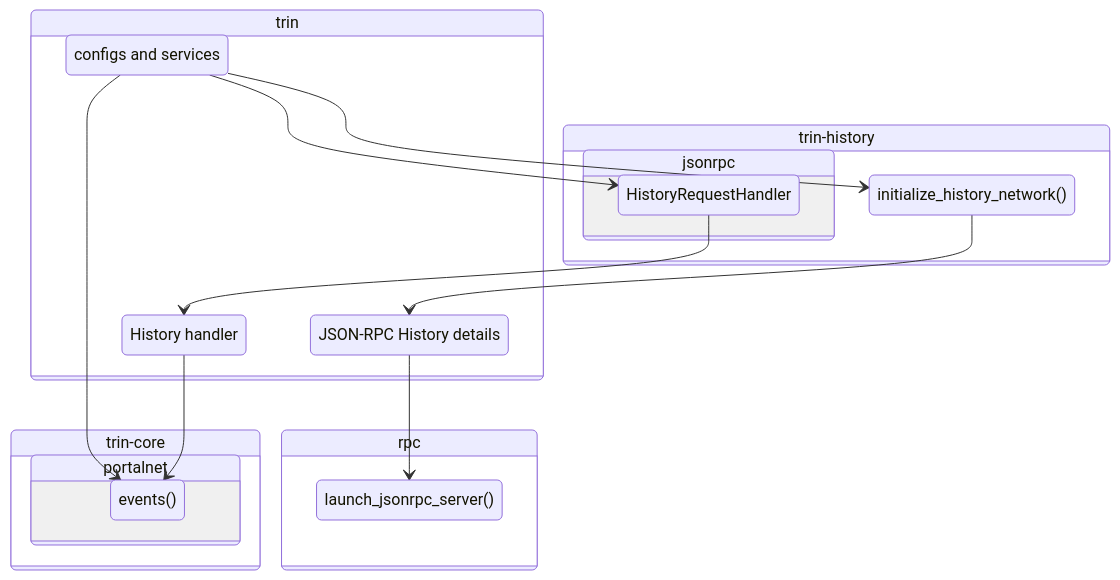
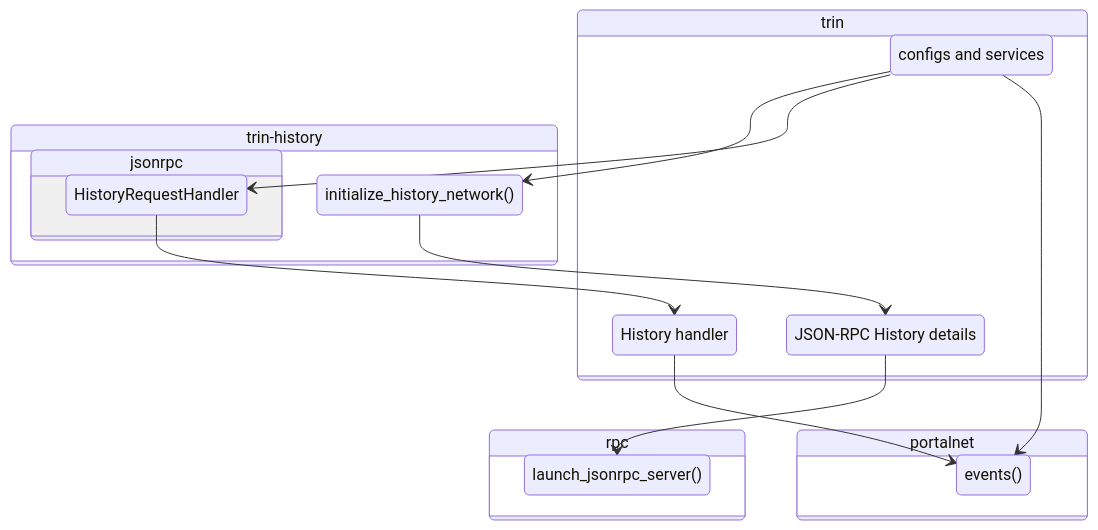
One commit to ethereum/trin changed the third of 3 diagrams in book/src/developers/architecture/process_flow.md. Above: the diagram before and after it, drawn with Mermaid. The commit also changed other lines of this file and 11 other files, not shown here.

Commit message:
fix: remove outdated trin-core

````diff
--- a/book/src/developers/architecture/process_flow.md
+++ b/book/src/developers/architecture/process_flow.md
@@ -72,34 +68,31 @@
 ```mermaid
 stateDiagram-v2
-    trincore: trin-core
     trinhistory: trin-history
     jsonrpchistory: JSON-RPC History details
     historyhandler: History handler
     collection: configs and services
 
     state trin {
         collection --> initialize_history_network()
         collection --> HistoryRequestHandler
         initialize_history_network() --> jsonrpchistory
         jsonrpchistory --> launch_jsonrpc_server()
         HistoryRequestHandler --> historyhandler
         collection --> events()
         historyhandler --> events()
     }
 
-    state trincore {
-        state portalnet {
-            events()
-        }
+    state portalnet {
+        events()
+    }
 
-    }
     state trinhistory {
         initialize_history_network()
         state jsonrpc {
             HistoryRequestHandler
         }
     }
     state rpc {
         launch_jsonrpc_server()
     }
 ```
````
